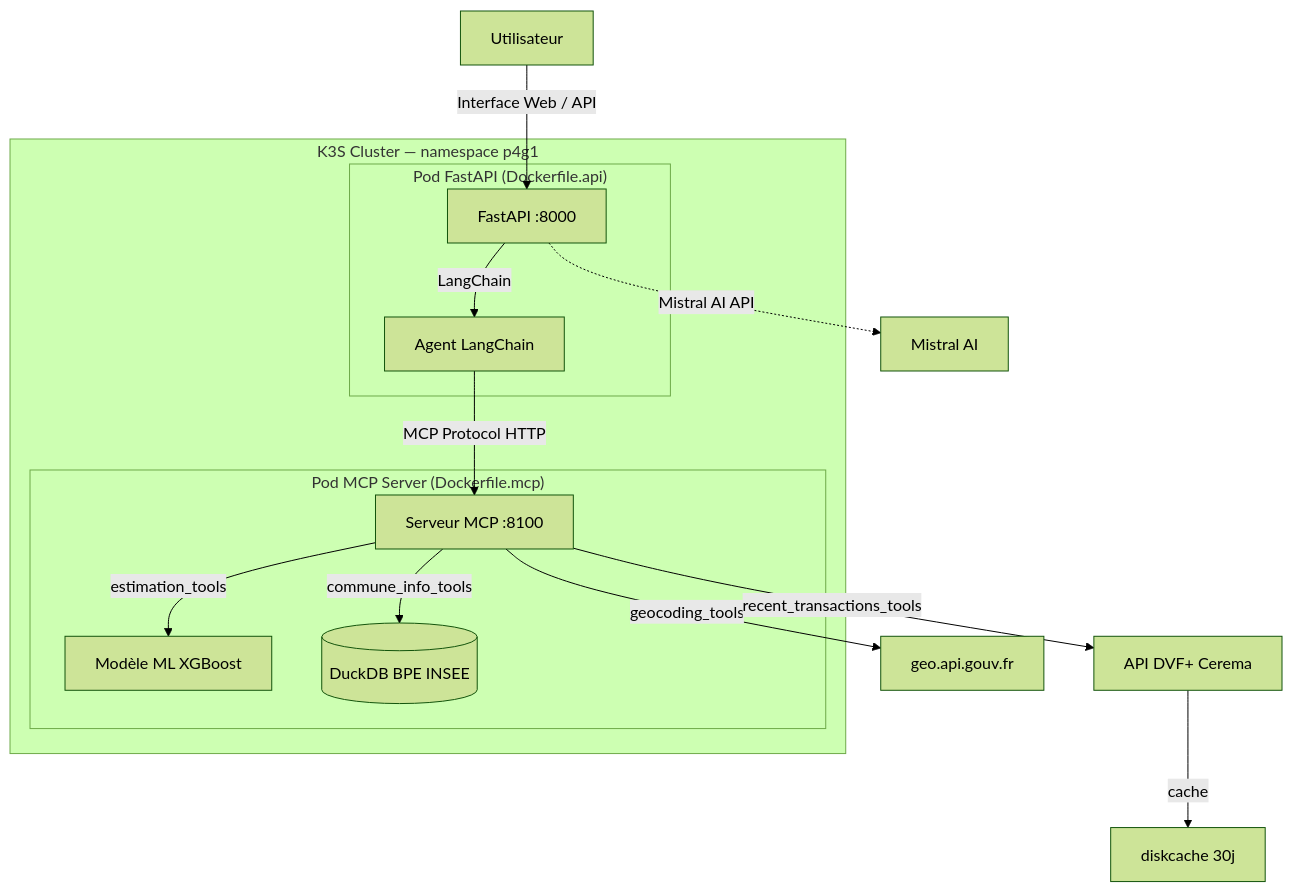
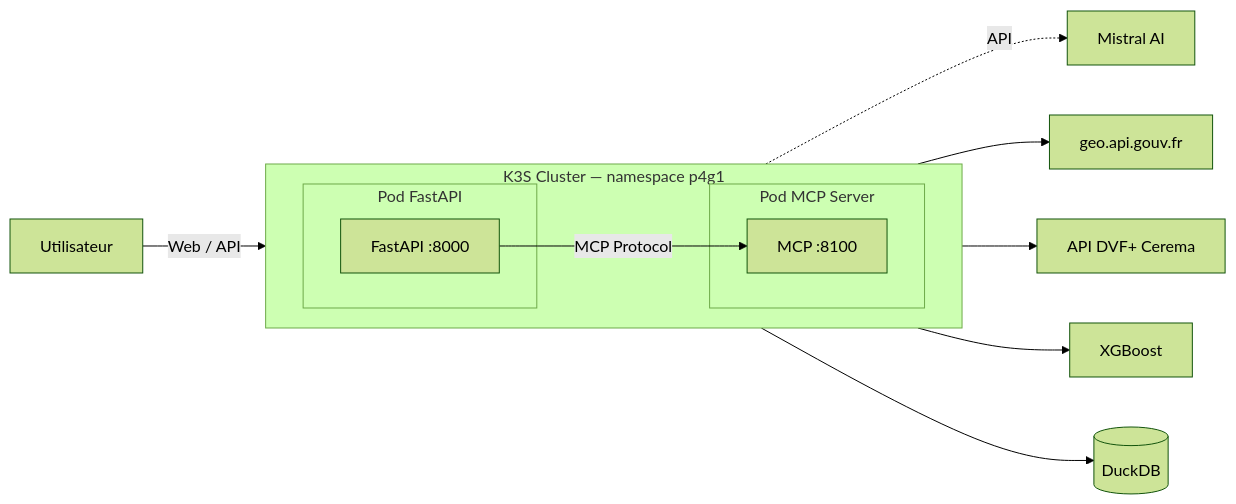
Before and after one commit to cjeanneau/Projet-Agent-IA-Immo-MCP: the first of 6 diagrams in README.md, drawn with Mermaid (forest theme). The commit also changed other lines of this file, not shown here.

Commit message:
CHORE improve mermaid diagrams

````diff
--- a/README.md
+++ b/README.md
@@ -23,25 +23,22 @@
 ```mermaid
-graph TD
-    U[Utilisateur] -->|Interface Web / API| FA
+graph LR
+    U[Utilisateur] -->|Web / API| FA
 
     subgraph K3S["K3S Cluster — namespace p4g1"]
-        subgraph POD_API["Pod FastAPI (Dockerfile.api)"]
+        direction LR
+        subgraph POD_API["Pod FastAPI"]
             FA[FastAPI :8000]
-            AGENT[Agent LangChain]
         end
-        subgraph POD_MCP["Pod MCP Server (Dockerfile.mcp)"]
-            MCP[Serveur MCP :8100]
-            MODEL[Modèle ML XGBoost]
-            DB[(DuckDB BPE INSEE)]
+        subgraph POD_MCP["Pod MCP Server"]
+            MCP[MCP :8100]
         end
+        FA -->|MCP Protocol| MCP
     end
 
-    FA -->|LangChain| AGENT
-    AGENT -->|MCP Protocol HTTP| MCP
-    FA -.->|Mistral AI API| LLM[Mistral AI]
-    MCP -->|geocoding_tools| GEO[geo.api.gouv.fr]
-    MCP -->|recent_transactions_tools| DVF[API DVF+ Cerema]
-    MCP -->|estimation_tools| MODEL
-    MCP -->|commune_info_tools| DB
-    DVF -->|cache| CACHE[diskcache 30j]
+    FA -.->|API| LLM[Mistral AI]
+
+    MCP --> GEO[geo.api.gouv.fr]
+    MCP --> DVF[API DVF+ Cerema]
+    MCP --> MODEL[XGBoost]
+    MCP --> DB[(DuckDB)]
 ```
````
